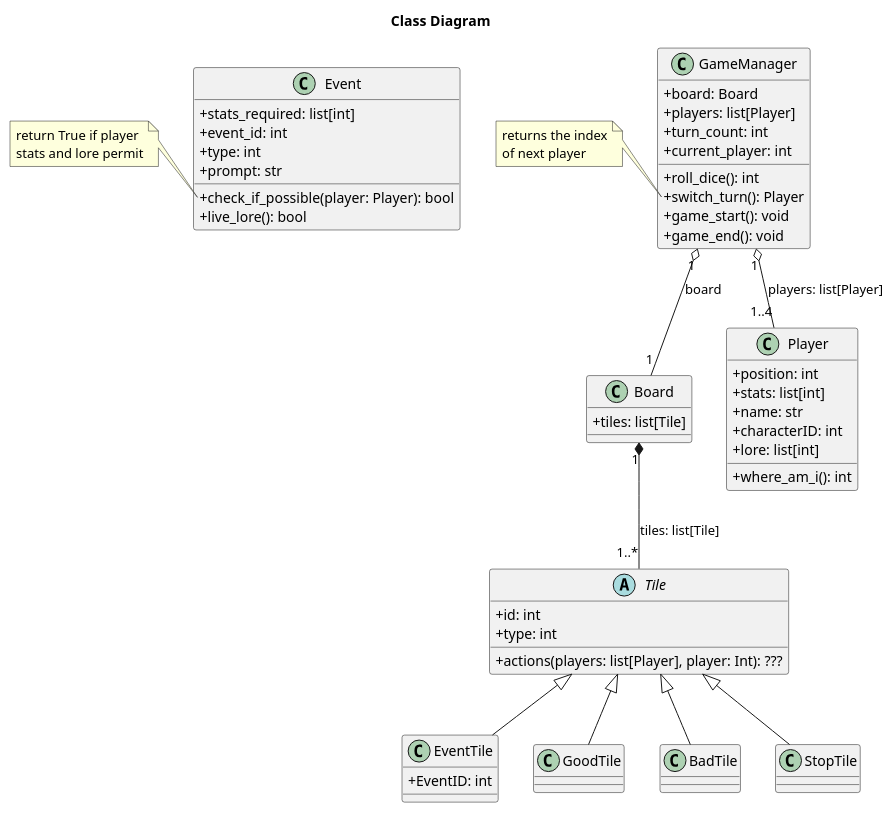
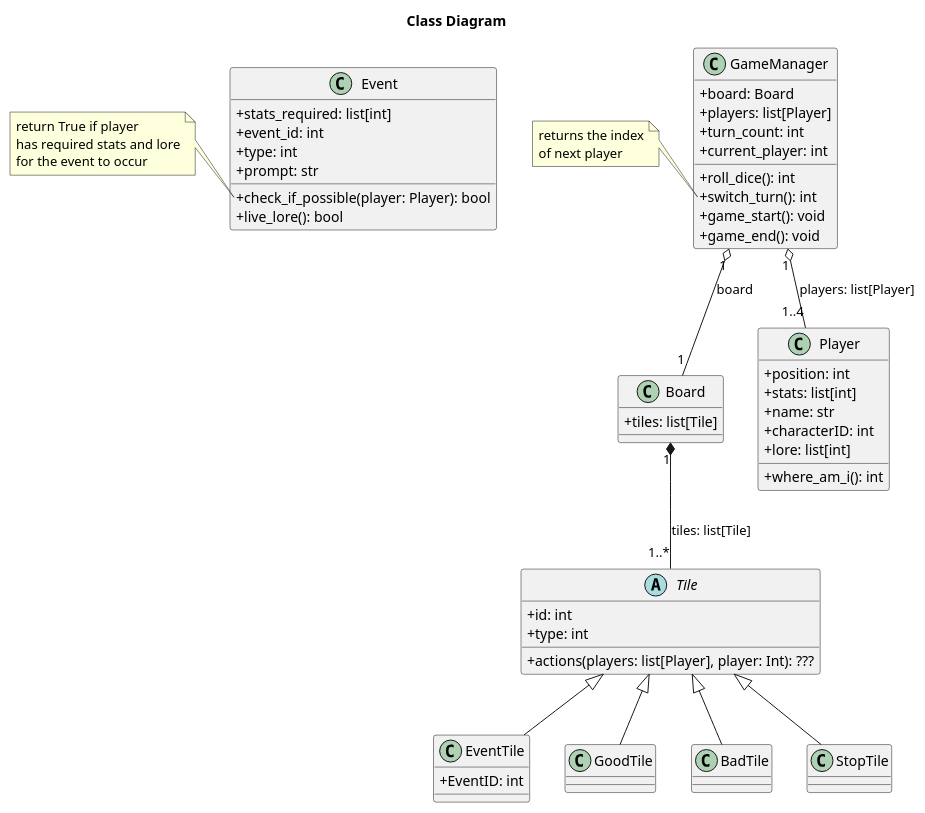
Before and after one commit to CSE-362-2025/BoardGameProject: the diagram in diagrams/class_diagram.puml, drawn with PlantUML. The commit also changed 1 other file, not shown here.

Commit message:
updated class_diagram

```diff
--- a/diagrams/class_diagram.puml
+++ b/diagrams/class_diagram.puml
@@ -1,82 +1,83 @@
-@startuml
+@startuml class_diagram
 title "Class Diagram"
 ' skinparam shadowing false
 skinparam classAttributeIconSize 0
 
 class Board {
     +tiles: list[Tile]
 }
 Board "1" *-- "1..*" Tile: tiles: list[Tile]
 
 abstract class Tile {
     +id: int
     +type: int
     +actions(players: list[Player], player: Int): ???
 }
 
 class EventTile {
     +EventID: int
 }
 
 class GoodTile {
 
 }
 
 class BadTile {
 
 }
 
 class StopTile {
 
 }
 
 Tile <|-- EventTile
 Tile <|-- StopTile
 Tile <|-- GoodTile
 Tile <|-- BadTile
 
 class Player {
     +position: int
     +stats: list[int]
     +name: str
     +characterID: int
     +lore: list[int]
 
     ' getter for Player:position
     +where_am_i(): int
 }
 
 class Event {
     +stats_required: list[int]
     +event_id: int
     +type: int
     +prompt: str
     ' check if already encountered this event
     +check_if_possible(player: Player): bool
     ' activate this event, return True if successful
     +live_lore(): bool
 }
 note left of Event::check_if_possible
 return True if player
-stats and lore permit
+has required stats and lore
+for the event to occur
 end note
 
 class GameManager {
     +board: Board
     +players: list[Player]
     +turn_count: int
     +current_player: int
     +roll_dice(): int
-    +switch_turn(): Player
+    +switch_turn(): int
     +game_start(): void
     +game_end(): void
 }
 note left of GameManager::switch_turn
 returns the index
 of next player
 end note
 GameManager "1" o-- "1..4" Player: players: list[Player]
 GameManager "1" o-- "1" Board: board
 
 
 @enduml
```
